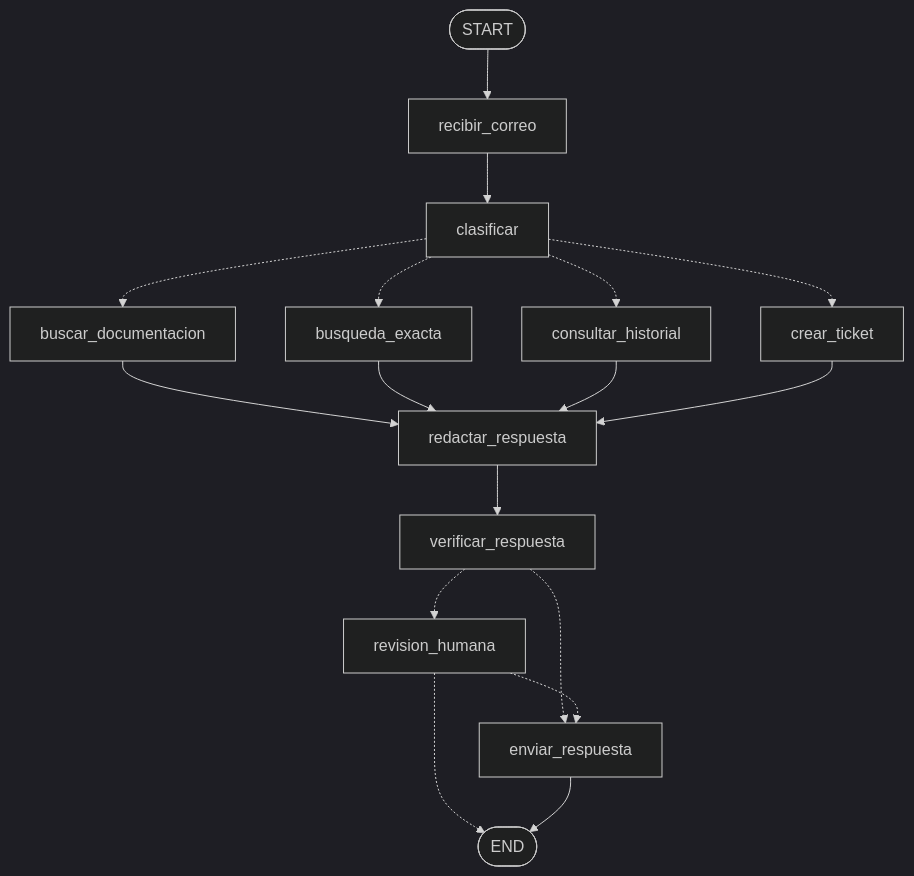
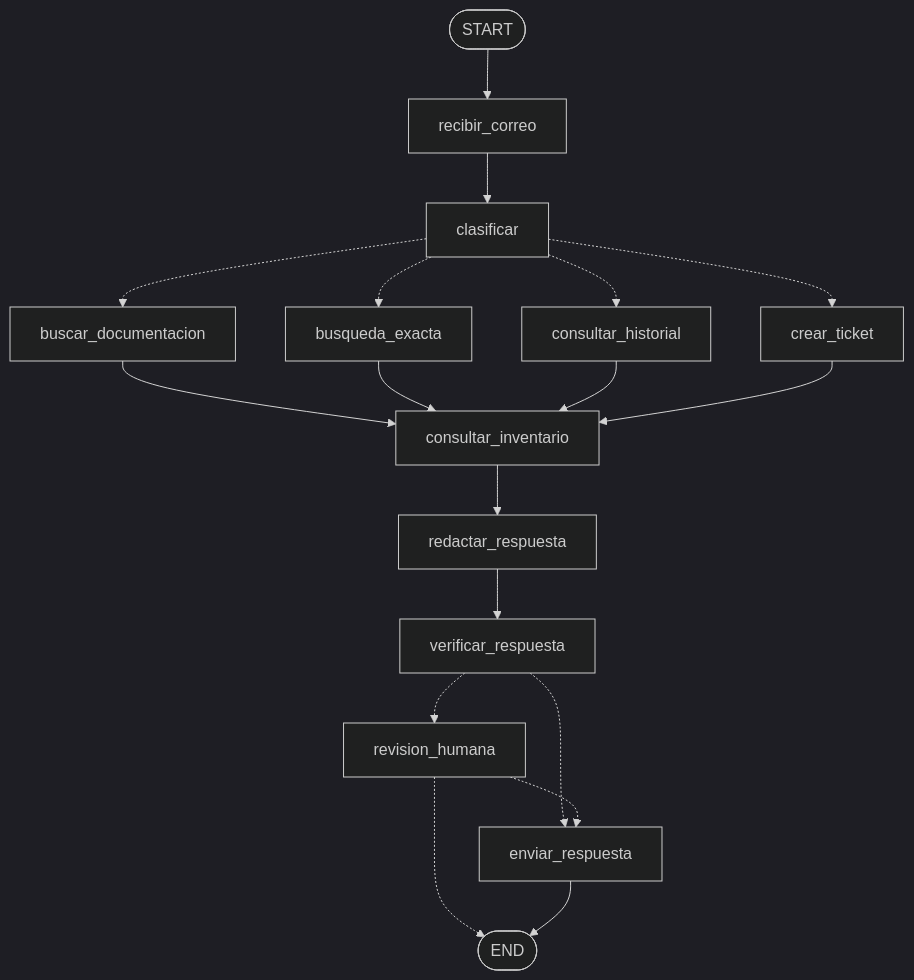
The diagram in README.md (Cresponchilas/agente-soporte-correo), drawn with Mermaid (dark theme) before and after one commit. The commit also changed other lines of this file and 28 other files, not shown here.

````diff
--- a/README.md
+++ b/README.md
@@ -93,18 +121,19 @@
 ```mermaid
 graph TD
     START([START]) --> recibir_correo --> clasificar
     clasificar -.-> buscar_documentacion
     clasificar -.-> busqueda_exacta
     clasificar -.-> consultar_historial
     clasificar -.-> crear_ticket
-    buscar_documentacion --> redactar_respuesta
-    busqueda_exacta --> redactar_respuesta
-    consultar_historial --> redactar_respuesta
-    crear_ticket --> redactar_respuesta
+    buscar_documentacion --> consultar_inventario
+    busqueda_exacta --> consultar_inventario
+    consultar_historial --> consultar_inventario
+    crear_ticket --> consultar_inventario
+    consultar_inventario --> redactar_respuesta
     redactar_respuesta --> verificar_respuesta
     verificar_respuesta -.-> revision_humana
     verificar_respuesta -.-> enviar_respuesta
     revision_humana -.-> enviar_respuesta
     revision_humana -.-> END([END])
     enviar_respuesta --> END
 ```
````
